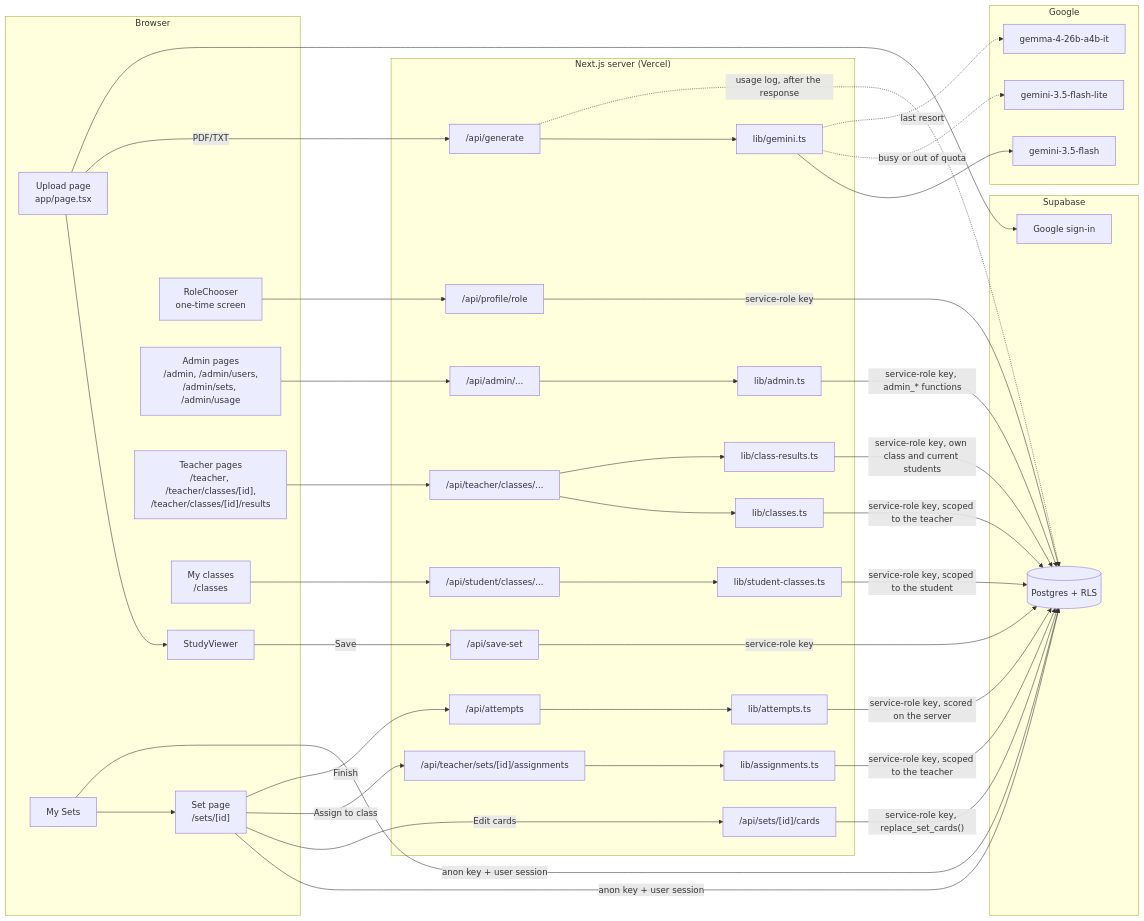
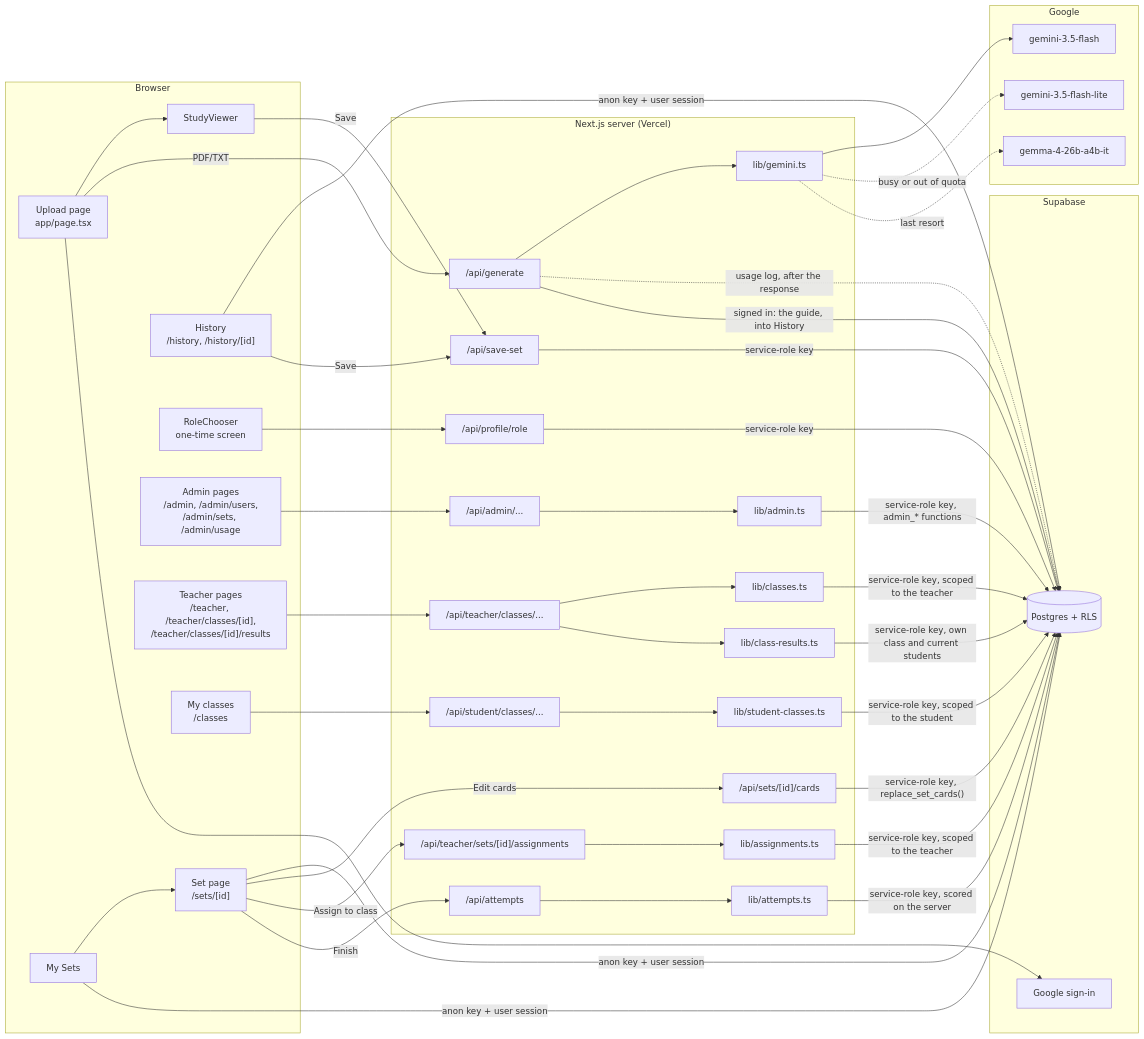
Before and after one commit to GABRIEL-CSTND/FlashForge: the diagram in docs/ARCHITECTURE.md, drawn with Mermaid. The commit also changed other lines of this file and 20 other files, not shown here.

First line of the commit message:
Add a History tab: every guide a signed-in user makes, saved or not

````diff
--- a/docs/ARCHITECTURE.md
+++ b/docs/ARCHITECTURE.md
@@ -8,51 +8,55 @@
 ```mermaid
 flowchart LR
   subgraph Browser
     U[Upload page<br/>app/page.tsx] --> SV[StudyViewer]
     MS[My Sets] --> SP["Set page<br/>/sets/[id]"]
+    HI["History<br/>/history, /history/[id]"]
     RC[RoleChooser<br/>one-time screen]
     AP["Admin pages<br/>/admin, /admin/users,<br/>/admin/sets, /admin/usage"]
     T["Teacher pages<br/>/teacher, /teacher/classes/[id],<br/>/teacher/classes/[id]/results"]
     MC["My classes<br/>/classes"]
   end
   subgraph "Next.js server (Vercel)"
     G["/api/generate"] --> AI[lib/gemini.ts]
     S["/api/save-set"]
     EC["/api/sets/[id]/cards"]
     AS["/api/teacher/sets/[id]/assignments"] --> ASL[lib/assignments.ts]
     R["/api/profile/role"]
     AA["/api/admin/..."] --> ADL[lib/admin.ts]
     TC["/api/teacher/classes/..."] --> CL[lib/classes.ts]
     TC --> CR[lib/class-results.ts]
     SC["/api/student/classes/..."] --> SCL[lib/student-classes.ts]
     AT["/api/attempts"] --> ATL[lib/attempts.ts]
   end
   subgraph Google
     AI --> M1[gemini-3.5-flash]
     AI -.->|busy or out of quota| M2[gemini-3.5-flash-lite]
     AI -.->|last resort| M3[gemma-4-26b-a4b-it]
   end
   subgraph Supabase
     DB[(Postgres + RLS)]
     AUTH[Google sign-in]
   end
   U -->|PDF/TXT| G
   G -.->|"usage log, after the response"| DB
+  G -->|"signed in: the guide, into History"| DB
+  HI -->|anon key + user session| DB
+  HI -->|Save| S
   SV -->|Save| S -->|service-role key| DB
   MS -->|anon key + user session| DB
   SP -->|anon key + user session| DB
   SP -->|Edit cards| EC -->|"service-role key, replace_set_cards()"| DB
   SP -->|Assign to class| AS
   SP -->|Finish| AT
   ATL -->|service-role key, scored on the server| DB
   ASL -->|service-role key, scoped to the teacher| DB
   U --> AUTH
   RC --> R -->|service-role key| DB
   AP --> AA
   ADL -->|"service-role key, admin_* functions"| DB
   T --> TC
   CL -->|service-role key, scoped to the teacher| DB
   CR -->|service-role key, own class and current students| DB
   MC --> SC
   SCL -->|service-role key, scoped to the student| DB
 ```
````
